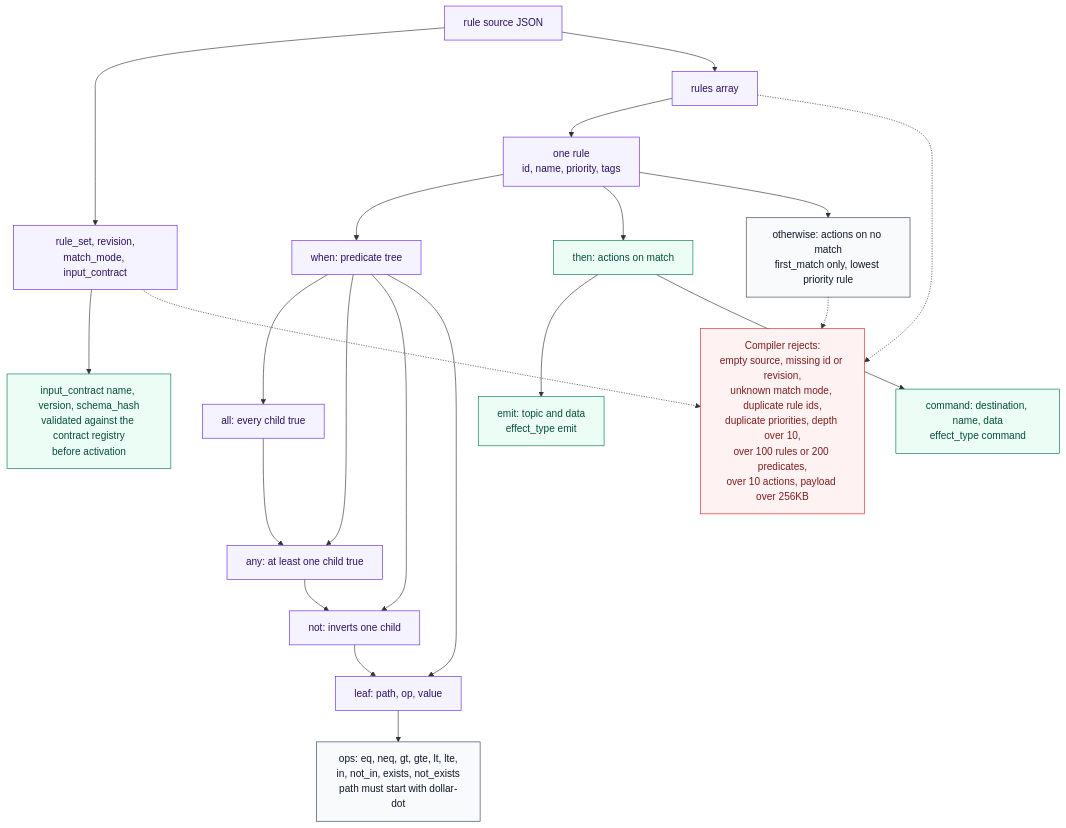
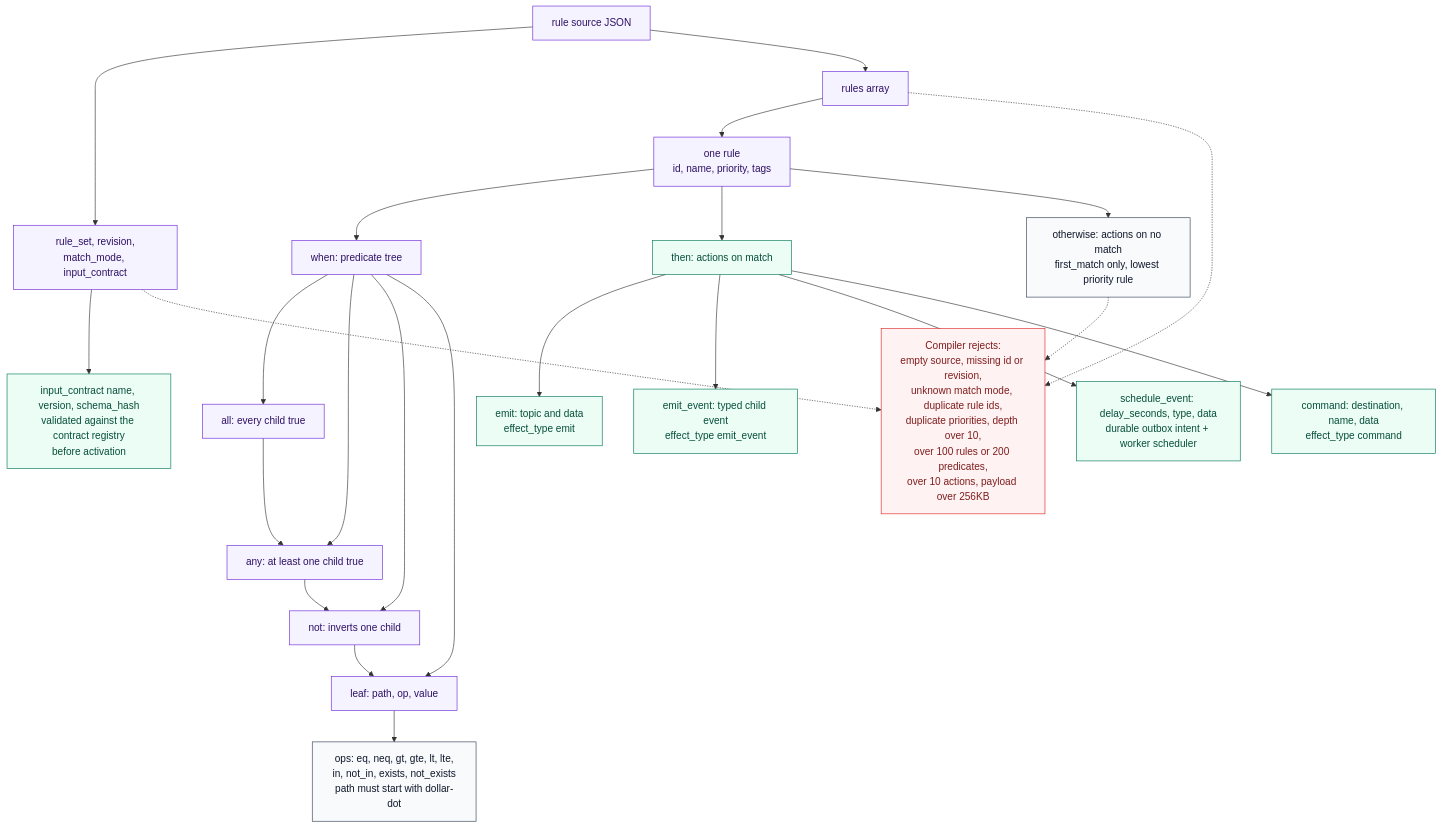
One commit to premchandkpc/flow-rulz changed the diagram in docs/diagrams/04-rule-structure.mmd. Above: the diagram before and after it, drawn with Mermaid. The commit also changed 41 other files, not shown here.

First line of the commit message:
fix(architecture): enforce FlowRulZ control-plane boundaries (#11)

```diff
--- a/docs/diagrams/04-rule-structure.mmd
+++ b/docs/diagrams/04-rule-structure.mmd
@@ -1,53 +1,57 @@
 flowchart TB
     %% Design view: rule source shape from JSON to compiled rules and actions.
     classDef core fill:#f5f3ff,stroke:#6d28d9,color:#2e1065
     classDef ok fill:#ecfdf5,stroke:#047857,color:#064e3b
     classDef bad fill:#fef2f2,stroke:#dc2626,color:#7f1d1d
     classDef note fill:#f8fafc,stroke:#334155,color:#0f172a
 
     Src["rule source JSON"]:::core
     Head["rule_set, revision,<br/>match_mode, input_contract"]:::core
     Rules["rules array"]:::core
 
     Src --> Head
     Src --> Rules
 
     Rule["one rule<br/>id, name, priority, tags"]:::core
     Rules --> Rule
 
     When["when: predicate tree"]:::core
     Then["then: actions on match"]:::ok
     Other["otherwise: actions on no match<br/>first_match only, lowest priority rule"]:::note
 
     Rule --> When
     Rule --> Then
     Rule --> Other
 
     All["all: every child true"]:::core
     Any["any: at least one child true"]:::core
     Not["not: inverts one child"]:::core
     Leaf["leaf: path, op, value"]:::core
 
     When --> All
     When --> Any
     When --> Not
     When --> Leaf
     All --> Any
     Any --> Not
     Not --> Leaf
 
     Ops["ops: eq, neq, gt, gte, lt, lte,<br/>in, not_in, exists, not_exists<br/>path must start with dollar-dot"]:::note
     Leaf --> Ops
 
     Emit["emit: topic and data<br/>effect_type emit"]:::ok
+    Child["emit_event: typed child event<br/>effect_type emit_event"]:::ok
+    Schedule["schedule_event: delay_seconds, type, data<br/>durable outbox intent + worker scheduler"]:::ok
     Cmd["command: destination, name, data<br/>effect_type command"]:::ok
     Then --> Emit
+    Then --> Child
+    Then --> Schedule
     Then --> Cmd
 
     Contract["input_contract name, version, schema_hash<br/>validated against the contract registry<br/>before activation"]:::ok
     Head --> Contract
 
     Limits["Compiler rejects:<br/>empty source, missing id or revision,<br/>unknown match mode, duplicate rule ids,<br/>duplicate priorities, depth over 10,<br/>over 100 rules or 200 predicates,<br/>over 10 actions, payload over 256KB"]:::bad
     Head -.-> Limits
     Rules -.-> Limits
     Other -.-> Limits
```
